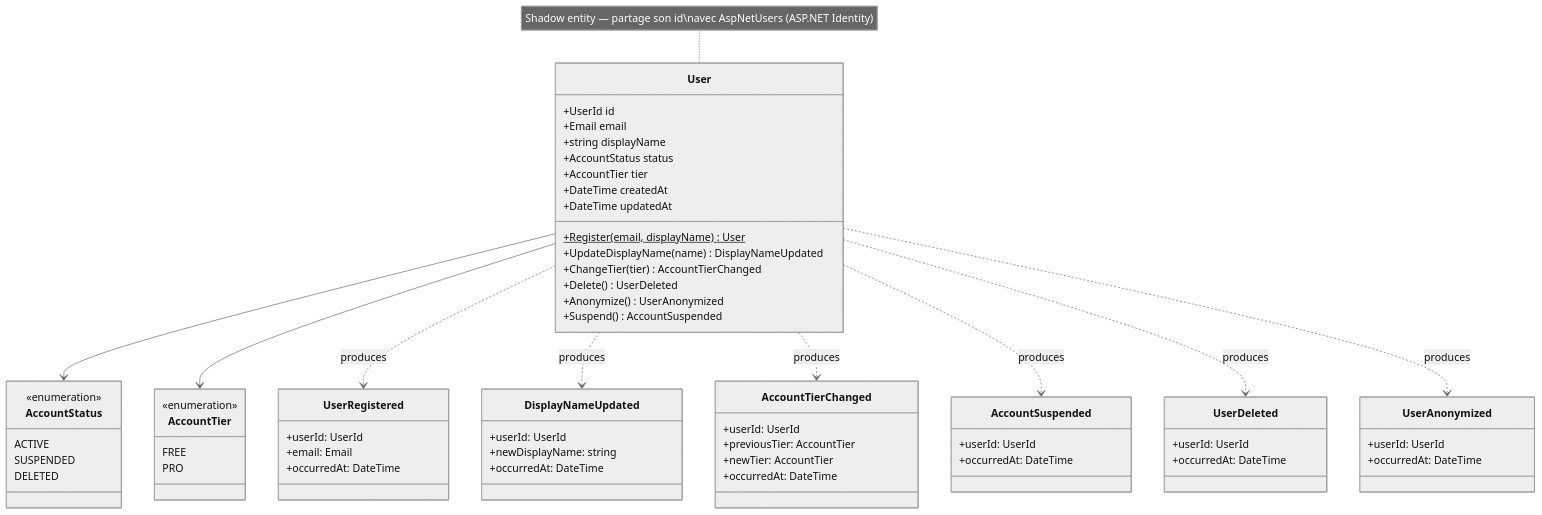
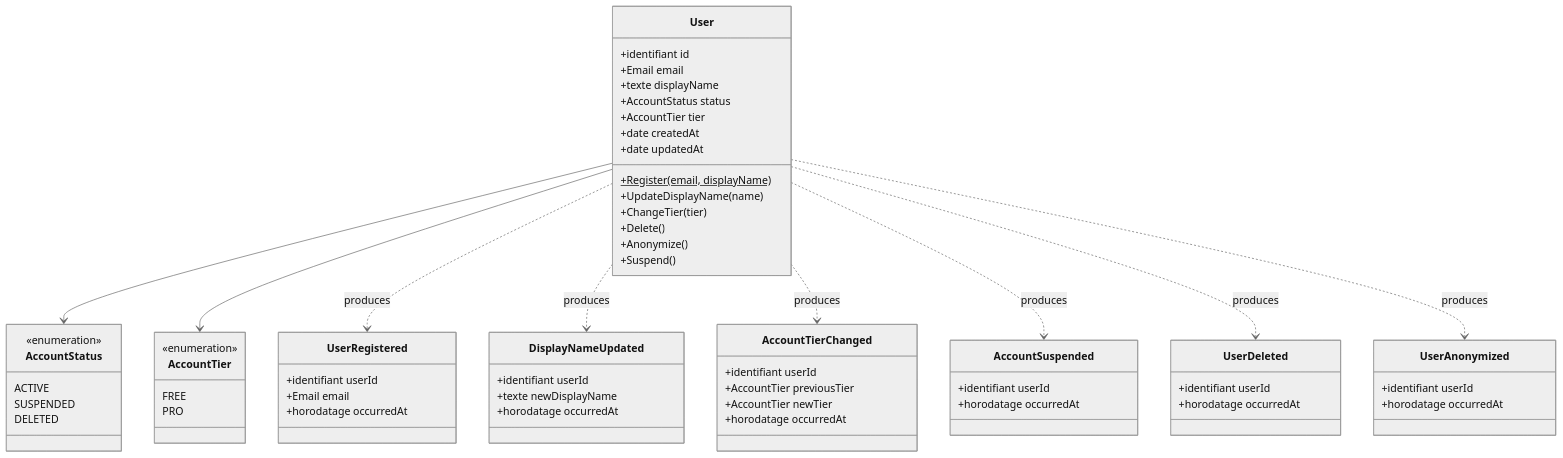
The diagram in docs/conception/domain/diagrams/classes/identity-access.md (2025-10-CDA-ECO-P6/PM-micro-saas), drawn with Mermaid (neutral theme) before and after one commit. The commit also changed 107 other files, not shown here.

````diff
--- a/docs/conception/domain/diagrams/classes/identity-access.md
+++ b/docs/conception/domain/diagrams/classes/identity-access.md
@@ -3,76 +3,74 @@
 ```mermaid
 classDiagram
     class User {
-        +UserId id
+        +identifiant id
         +Email email
-        +string displayName
+        +texte displayName
         +AccountStatus status
         +AccountTier tier
-        +DateTime createdAt
-        +DateTime updatedAt
-        +Register(email, displayName)$ User
-        +UpdateDisplayName(name) DisplayNameUpdated
-        +ChangeTier(tier) AccountTierChanged
-        +Delete() UserDeleted
-        +Anonymize() UserAnonymized
-        +Suspend() AccountSuspended
+        +date createdAt
+        +date updatedAt
+        +Register(email, displayName)$
+        +UpdateDisplayName(name)
+        +ChangeTier(tier)
+        +Delete()
+        +Anonymize()
+        +Suspend()
     }
 
     class AccountStatus {
         <<enumeration>>
         ACTIVE
         SUSPENDED
         DELETED
     }
 
     class AccountTier {
         <<enumeration>>
         FREE
         PRO
     }
 
     class UserRegistered {
-        +userId: UserId
-        +email: Email
-        +occurredAt: DateTime
+        +identifiant userId
+        +Email email
+        +horodatage occurredAt
     }
 
     class AccountTierChanged {
-        +userId: UserId
-        +previousTier: AccountTier
-        +newTier: AccountTier
-        +occurredAt: DateTime
+        +identifiant userId
+        +AccountTier previousTier
+        +AccountTier newTier
+        +horodatage occurredAt
     }
 
     class UserDeleted {
-        +userId: UserId
-        +occurredAt: DateTime
+        +identifiant userId
+        +horodatage occurredAt
     }
 
     class UserAnonymized {
-        +userId: UserId
-        +occurredAt: DateTime
+        +identifiant userId
+        +horodatage occurredAt
     }
 
     class DisplayNameUpdated {
-        +userId: UserId
-        +newDisplayName: string
-        +occurredAt: DateTime
+        +identifiant userId
+        +texte newDisplayName
+        +horodatage occurredAt
     }
 
     class AccountSuspended {
-        +userId: UserId
-        +occurredAt: DateTime
+        +identifiant userId
+        +horodatage occurredAt
     }
 
     User --> AccountStatus
     User --> AccountTier
     User ..> UserRegistered : produces
     User ..> DisplayNameUpdated : produces
     User ..> AccountTierChanged : produces
     User ..> AccountSuspended : produces
     User ..> UserDeleted : produces
     User ..> UserAnonymized : produces
-
-    note for User "Shadow entity — partage son id\navec AspNetUsers (ASP.NET Identity)"
 ```
````
